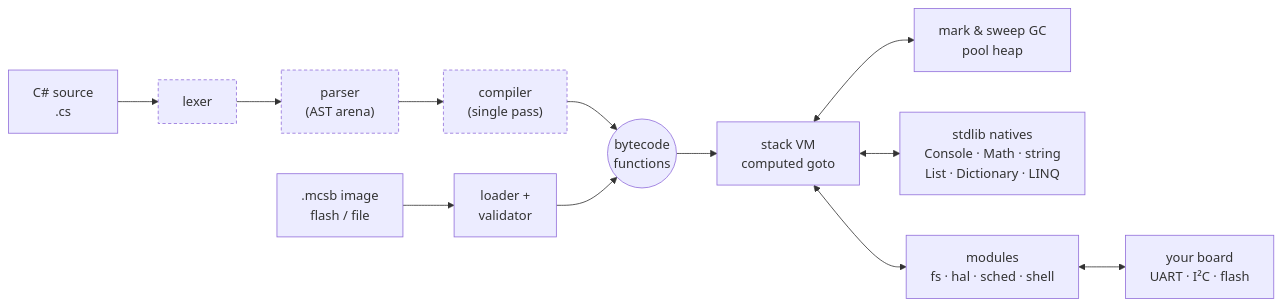
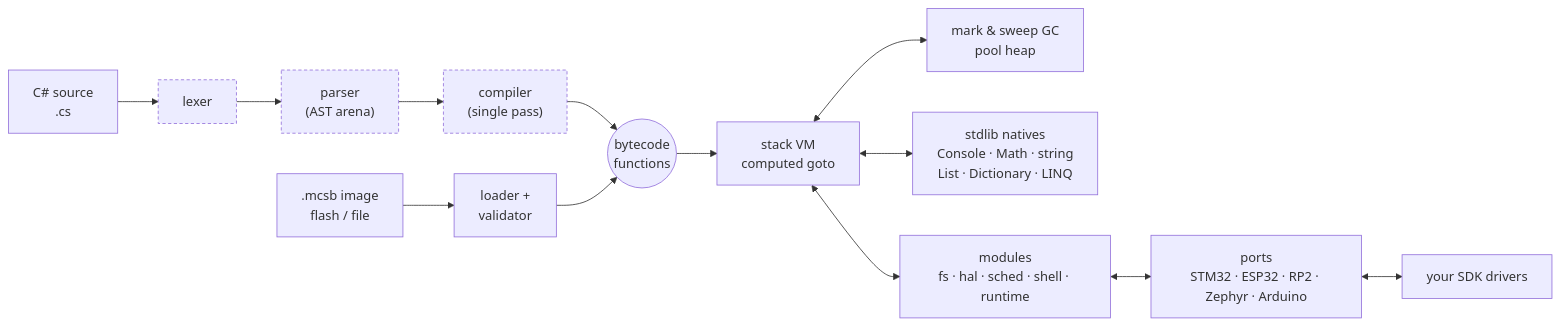
Before and after one commit to amir1387aht/MicroCS: the diagram in README.md, drawn with Mermaid. The commit also changed other lines of this file and 79 other files, not shown here.

Commit message:
v1.4: HAL v2, vendor ports, REPL runtime, build integrations, docs and examples (part 1/2)

````diff
--- a/README.md
+++ b/README.md
@@ -170,14 +390,15 @@
 ```mermaid
 flowchart LR
     SRC["C# source<br/>.cs"] --> LEX[lexer] --> PAR["parser<br/>(AST arena)"] --> CMP["compiler<br/>(single pass)"]
     IMG[".mcsb image<br/>flash / file"] --> LOAD["loader +<br/>validator"]
     CMP --> FN(("bytecode<br/>functions"))
     LOAD --> FN
     FN --> VM["stack VM<br/>computed goto"]
     VM <--> GC["mark & sweep GC<br/>pool heap"]
     VM <--> LIB["stdlib natives<br/>Console · Math · string<br/>List · Dictionary · LINQ"]
-    VM <--> MOD["modules<br/>fs · hal · sched · shell"]
-    MOD <--> BOARD["your board<br/>UART · I²C · flash"]
+    VM <--> MOD["modules<br/>fs · hal · sched · shell · runtime"]
+    MOD <--> PORT["ports<br/>STM32 · ESP32 · RP2 · Zephyr · Arduino"]
+    PORT <--> SDK["your SDK drivers"]
     classDef opt stroke-dasharray: 4 3
     class LEX,PAR,CMP opt
 ```
````
